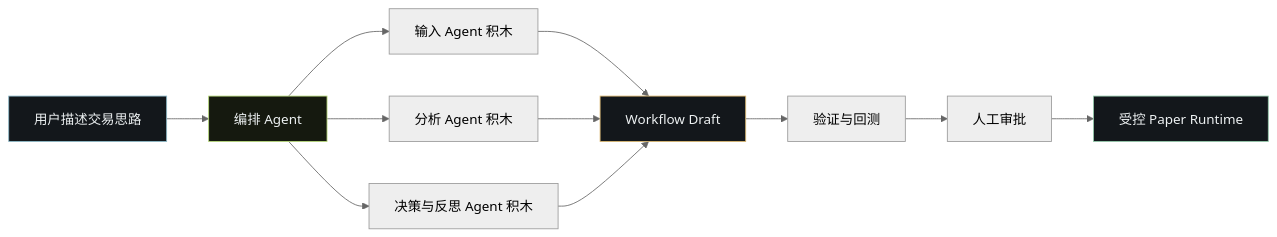
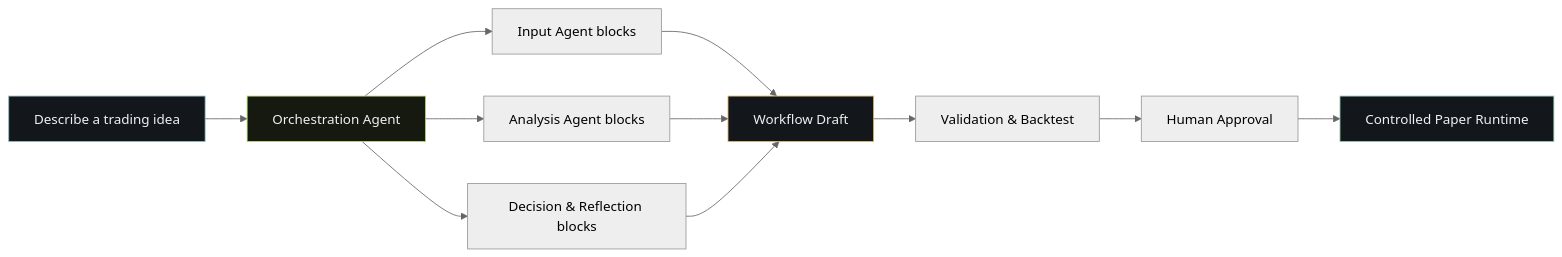
One commit to EthanAlgoX/LLM-TradeBot changed the first of 4 diagrams in README.md. Above: the diagram before and after it, drawn with Mermaid (neutral theme). The commit also changed other lines of this file and 1 other file, not shown here.

```diff
--- a/README.md
+++ b/README.md
@@ -34,18 +36,18 @@
 ~~~mermaid
 flowchart LR
-    U["用户描述交易思路"] --> C["编排 Agent"]
-    C --> I["输入 Agent 积木"]
-    C --> A["分析 Agent 积木"]
-    C --> D["决策与反思 Agent 积木"]
+    U["Describe a trading idea"] --> C["Orchestration Agent"]
+    C --> I["Input Agent blocks"]
+    C --> A["Analysis Agent blocks"]
+    C --> D["Decision & Reflection blocks"]
     I --> W["Workflow Draft"]
     A --> W
     D --> W
-    W --> V["验证与回测"]
-    V --> P["人工审批"]
-    P --> R["受控 Paper Runtime"]
+    W --> V["Validation & Backtest"]
+    V --> P["Human Approval"]
+    P --> R["Controlled Paper Runtime"]
 
     style U fill:#13171b,stroke:#8db9c8,color:#edf1f2
     style C fill:#15190f,stroke:#b7d979,color:#edf1f2
     style W fill:#13171b,stroke:#dbb76f,color:#edf1f2
     style R fill:#13171b,stroke:#94c9aa,color:#edf1f2
 ~~~
```
